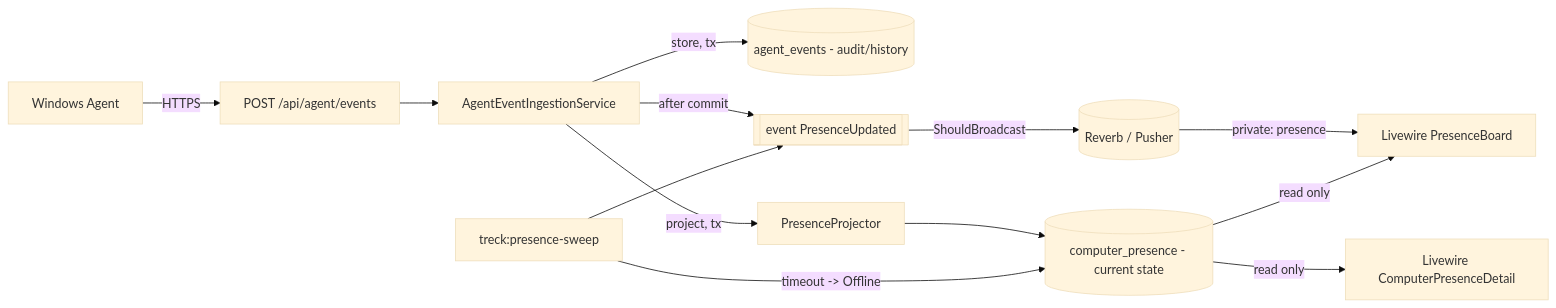
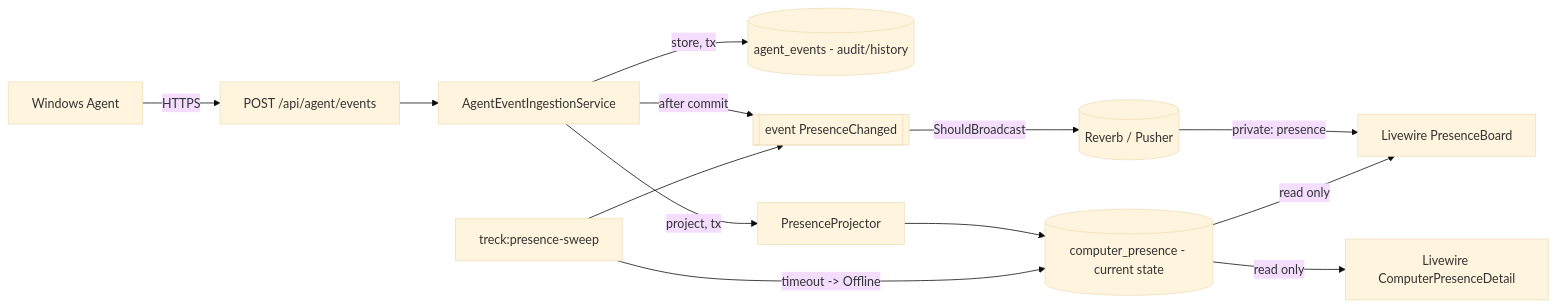
The first of 3 diagrams in docs/25-realtime-presence.md (techmatterglobals/treck), drawn with Mermaid (base theme) before and after one commit. The commit also changed other lines of this file and 25 other files, not shown here.

````diff
--- a/docs/25-realtime-presence.md
+++ b/docs/25-realtime-presence.md
@@ -15,15 +15,15 @@
 ```mermaid
 flowchart LR
     A[Windows Agent] -- HTTPS --> B[POST /api/agent/events]
     B --> C[AgentEventIngestionService]
     C -->|store, tx| D[(agent_events - audit/history)]
     C -->|project, tx| E[PresenceProjector]
     E --> F[(computer_presence - current state)]
-    C -->|after commit| G[[event PresenceUpdated]]
+    C -->|after commit| G[[event PresenceChanged]]
     G -- ShouldBroadcast --> H[(Reverb / Pusher)]
     H -- private: presence --> I[Livewire PresenceBoard]
     F -- read only --> I
     F -- read only --> J[Livewire ComputerPresenceDetail]
     K[treck:presence-sweep] -->|timeout -> Offline| F
     K --> G
 ```
````
